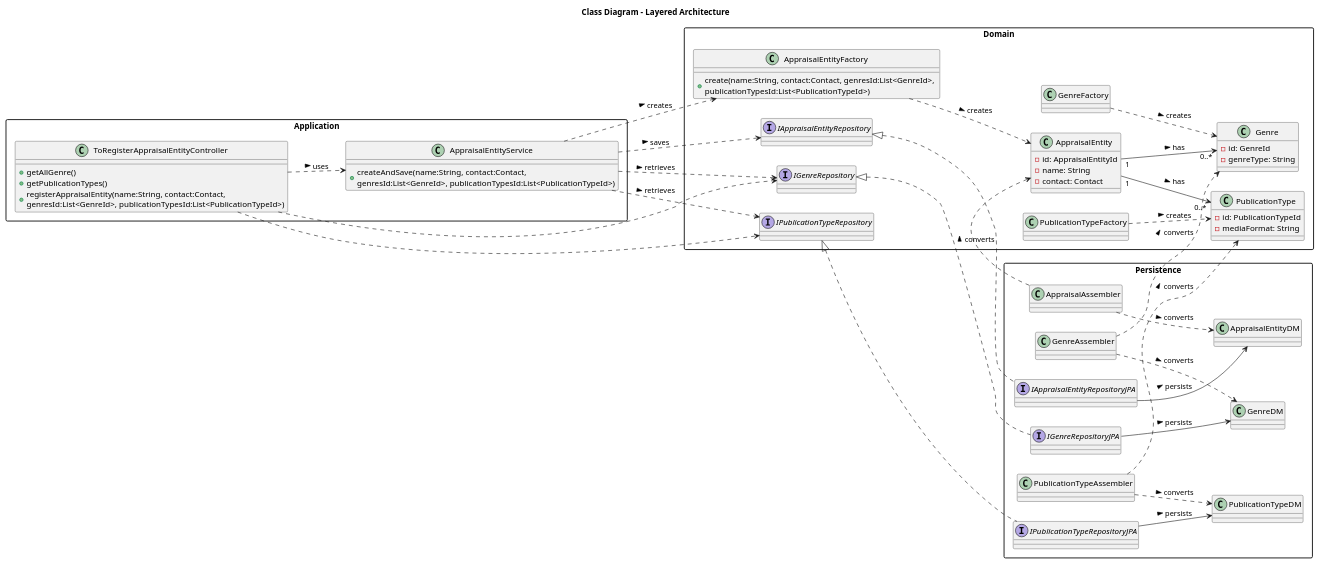
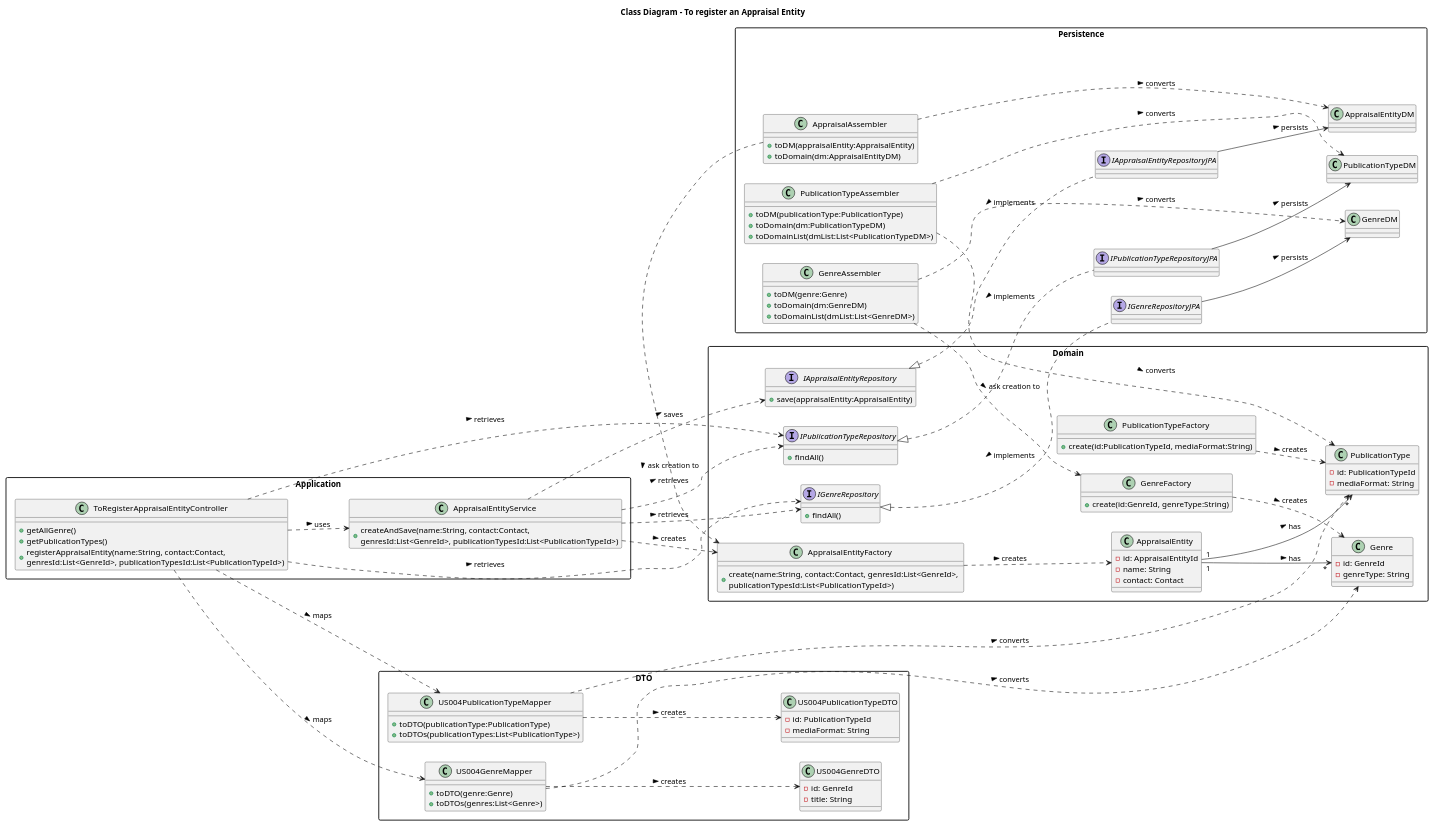
One commit to AndrePereiraGitH/SWitCH-Project-Team_A changed the diagram in Diagrams/ClassDiagrams/To-register-an-appraisal-entity.puml. Above: the diagram before and after it, drawn with PlantUML. The commit also changed 6 other files, not shown here.

```diff
--- a/Diagrams/ClassDiagrams/To-register-an-appraisal-entity.puml
+++ b/Diagrams/ClassDiagrams/To-register-an-appraisal-entity.puml
@@ -1,112 +1,173 @@
 @startuml
-title Class Diagram - Layered Architecture
+title Class Diagram - To register an Appraisal Entity
 
 skinparam packageStyle rectangle
 left to right direction
 
 ' =========================
 ' APPLICATION LAYER
 ' =========================
 package "Application" {
 
 class "ToRegisterAppraisalEntityController" as Controller {
   +getAllGenre()
   +getPublicationTypes()
   +registerAppraisalEntity(name:String, contact:Contact, \ngenresId:List<GenreId>, publicationTypesId:List<PublicationTypeId>)
 }
 
 class "AppraisalEntityService" as Service {
   +createAndSave(name:String, contact:Contact, \ngenresId:List<GenreId>, publicationTypesId:List<PublicationTypeId>)
 }
 
 Controller ..> Service : uses >
 }
 
 ' =========================
 ' DOMAIN LAYER
 ' =========================
 package "Domain" as DomainPkg {
 
 class AppraisalEntity {
   -id: AppraisalEntityId
   -name: String
   -contact: Contact
 }
 
 class Genre {
   -id: GenreId
   -genreType: String
 }
-class PublicationType{
+
+class PublicationType {
   -id: PublicationTypeId
   -mediaFormat: String
 }
 
-class AppraisalEntityFactory{
+class AppraisalEntityFactory {
   +create(name:String, contact:Contact, genresId:List<GenreId>, \npublicationTypesId:List<PublicationTypeId>)
 }
-class GenreFactory
-class PublicationTypeFactory
 
-interface IAppraisalEntityRepository
-interface IGenreRepository
-interface IPublicationTypeRepository
+class GenreFactory {
+  +create(id:GenreId, genreType:String)
+}
 
-AppraisalEntity "1" --> "0..*" Genre : has >
-AppraisalEntity "1" --> "0..*" PublicationType : has >
+class PublicationTypeFactory {
+  +create(id:PublicationTypeId, mediaFormat:String)
+}
+
+interface IAppraisalEntityRepository {
+  +save(appraisalEntity:AppraisalEntity)
+}
+
+interface IGenreRepository {
+  +findAll()
+}
+
+interface IPublicationTypeRepository {
+  +findAll()
+}
+
+AppraisalEntity "1" --> "*" Genre : has >
+AppraisalEntity "1" --> "*" PublicationType : has >
 
 Service ..> AppraisalEntityFactory : creates >
 Service ..> IAppraisalEntityRepository : saves >
 Service ..> IGenreRepository : retrieves >
 Service ..> IPublicationTypeRepository : retrieves >
 
 AppraisalEntityFactory ..> AppraisalEntity : creates >
 GenreFactory ..> Genre : creates >
 PublicationTypeFactory ..> PublicationType : creates >
+}
 
+' =========================
+' DTO LAYER
+' =========================
+package "DTO" {
 
+class US004GenreDTO {
+  -id: GenreId
+  -title: String
+}
+
+class US004PublicationTypeDTO {
+  -id: PublicationTypeId
+  -mediaFormat: String
+}
+
+class US004GenreMapper {
+  +toDTO(genre:Genre)
+  +toDTOs(genres:List<Genre>)
+}
+
+class US004PublicationTypeMapper {
+  +toDTO(publicationType:PublicationType)
+  +toDTOs(publicationTypes:List<PublicationType>)
+}
+
+US004GenreMapper ..> Genre : converts >
+US004GenreMapper ..> US004GenreDTO : creates >
+
+US004PublicationTypeMapper ..> PublicationType : converts >
+US004PublicationTypeMapper ..> US004PublicationTypeDTO : creates >
+
+Controller ..> US004GenreMapper : maps >
+Controller ..> US004PublicationTypeMapper : maps >
 }
 
 ' =========================
 ' PERSISTENCE LAYER
 ' =========================
 package "Persistence" as PersistPkg {
 
 class AppraisalEntityDM
 class GenreDM
 class PublicationTypeDM
 
-class AppraisalAssembler
-class GenreAssembler
-class PublicationTypeAssembler
+class AppraisalAssembler {
+  +toDM(appraisalEntity:AppraisalEntity)
+  +toDomain(dm:AppraisalEntityDM)
+}
+
+class GenreAssembler {
+  +toDM(genre:Genre)
+  +toDomain(dm:GenreDM)
+  +toDomainList(dmList:List<GenreDM>)
+}
+
+class PublicationTypeAssembler {
+  +toDM(publicationType:PublicationType)
+  +toDomain(dm:PublicationTypeDM)
+  +toDomainList(dmList:List<PublicationTypeDM>)
+}
 
 interface IAppraisalEntityRepositoryJPA
 interface IGenreRepositoryJPA
 interface IPublicationTypeRepositoryJPA
 
-AppraisalAssembler ..> AppraisalEntity : converts >
-AppraisalAssembler ..> AppraisalEntityDM : converts >
+AppraisalAssembler ...> AppraisalEntityFactory : ask creation to >
+AppraisalAssembler ...> AppraisalEntityDM : converts >
 
-GenreAssembler ....> Genre : converts >
-GenreAssembler ..> GenreDM : converts >
+GenreAssembler ...> GenreFactory : ask creation to >
+GenreAssembler ...> GenreDM : converts >
 
-PublicationTypeAssembler ..> PublicationType : converts >
-PublicationTypeAssembler ..> PublicationTypeDM : converts >
+PublicationTypeAssembler ...> PublicationType : converts >
+PublicationTypeAssembler ...> PublicationTypeDM : converts >
 
 IAppraisalEntityRepositoryJPA --> AppraisalEntityDM : persists >
 IGenreRepositoryJPA --> GenreDM : persists >
 IPublicationTypeRepositoryJPA --> PublicationTypeDM : persists >
 }
 
 ' =========================
 ' CROSS LAYER
 ' =========================
 
-Controller ..> IGenreRepository
-Controller ..> IPublicationTypeRepository
+Controller ..> IGenreRepository : retrieves >
+Controller ..> IPublicationTypeRepository : retrieves >
 
-IAppraisalEntityRepository <|.. IAppraisalEntityRepositoryJPA
-IGenreRepository <|.. IGenreRepositoryJPA
-IPublicationTypeRepository <|.. IPublicationTypeRepositoryJPA
+IAppraisalEntityRepository <|.. IAppraisalEntityRepositoryJPA : implements <
+IGenreRepository <|.. IGenreRepositoryJPA : implements <
+IPublicationTypeRepository <|.. IPublicationTypeRepositoryJPA : implements <
 
 @enduml
```
